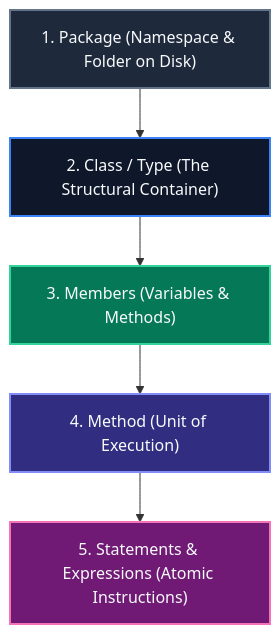
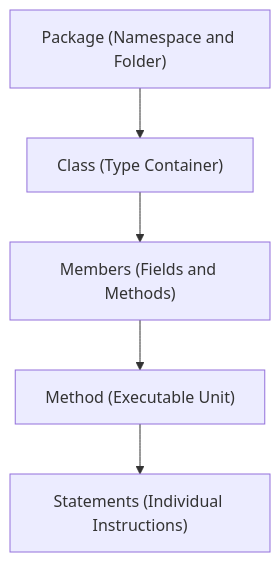
Before and after one commit to ravishankar2463/java_hub: the first of 4 diagrams in content/roadmap/level-0/anatomy-of-a-java-program.md, drawn with Mermaid. The commit also changed other lines of this file and 119 other files, not shown here.

Commit message:
feat: add comprehensive java learning roadmap content across multiple levels

````diff
--- a/content/roadmap/level-0/anatomy-of-a-java-program.md
+++ b/content/roadmap/level-0/anatomy-of-a-java-program.md
@@ -41,13 +36,7 @@
 ```mermaid
 flowchart TD
-    Pkg["1. Package (Namespace & Folder on Disk)"] --> Cls["2. Class / Type (The Structural Container)"]
-    Cls --> Members["3. Members (Variables & Methods)"]
-    Members --> Mthd["4. Method (Unit of Execution)"]
-    Mthd --> Stmts["5. Statements & Expressions (Atomic Instructions)"]
-
-    style Pkg fill:#1e293b,stroke:#64748b,stroke-width:2px,color:#f8fafc
-    style Cls fill:#0f172a,stroke:#3b82f6,stroke-width:2px,color:#f8fafc
-    style Members fill:#047857,stroke:#34d399,stroke-width:2px,color:#f8fafc
-    style Mthd fill:#312e81,stroke:#818cf8,stroke-width:2px,color:#f8fafc
-    style Stmts fill:#701a75,stroke:#f472b6,stroke-width:2px,color:#f8fafc
+    Pkg["Package (Namespace and Folder)"] --> Cls["Class (Type Container)"]
+    Cls --> Members["Members (Fields and Methods)"]
+    Members --> Method["Method (Executable Unit)"]
+    Method --> Stmt["Statements (Individual Instructions)"]
 ```
````
